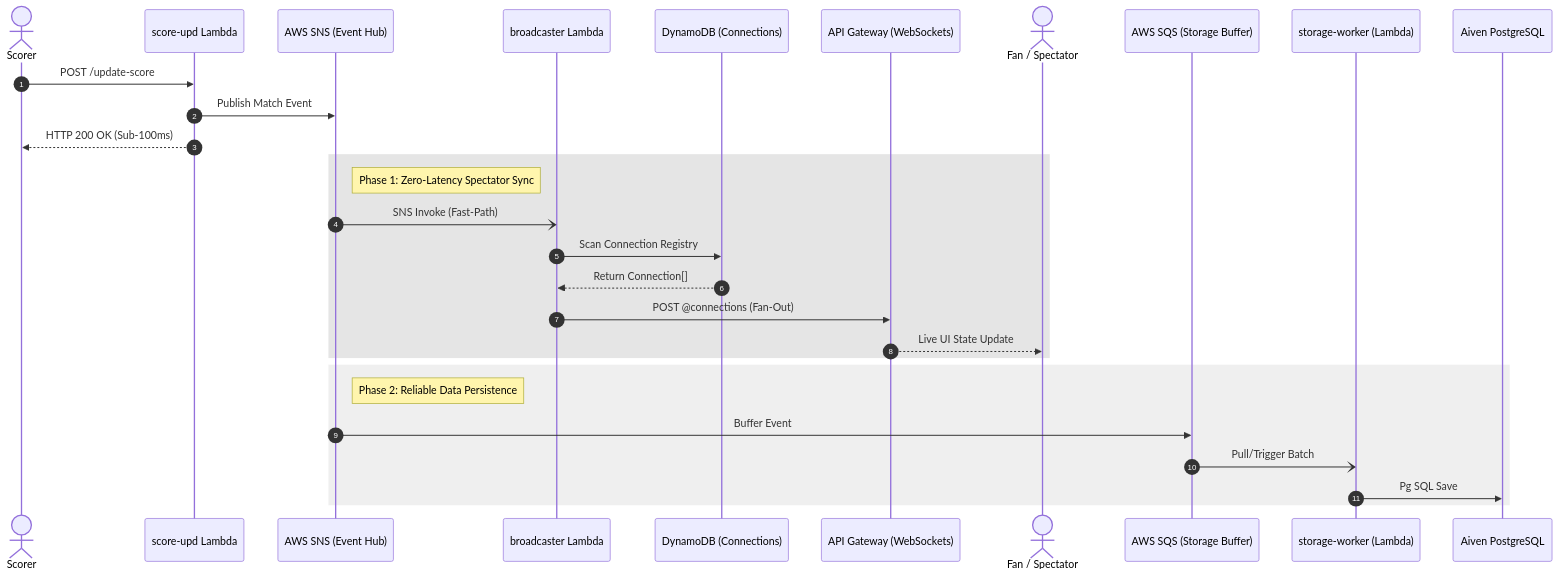
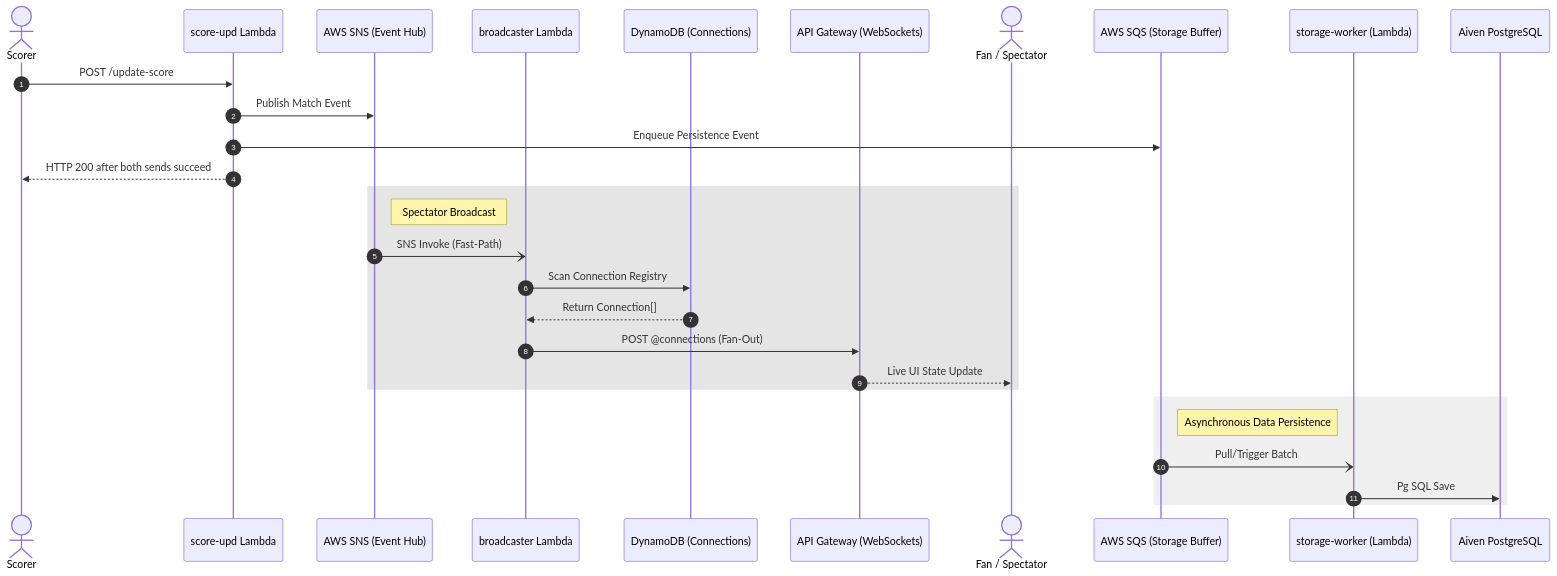
The second of 2 diagrams in docs/architecture.md (venkatesh-singamsetty/cricscore), drawn with Mermaid before and after one commit. The commit also changed other lines of this file and 114 other files, not shown here.

````diff
--- a/docs/architecture.md
+++ b/docs/architecture.md
@@ -29,35 +29,35 @@
 ```mermaid
 sequenceDiagram
     autonumber
     actor Scorer as Scorer
     participant Producer as score-upd Lambda
     participant SNS as AWS SNS (Event Hub)
     participant Broadcaster as broadcaster Lambda
     participant DDB as DynamoDB (Connections)
     participant APIGW_WS as API Gateway (WebSockets)
     actor Viewer as Fan / Spectator
 
     participant SQS as AWS SQS (Storage Buffer)
     participant Consumer as storage-worker (Lambda)
     participant Aiven_Hub as Aiven PostgreSQL
 
     Scorer->>Producer: POST /update-score
     Producer->>SNS: Publish Match Event
-    Producer-->>Scorer: HTTP 200 OK (Sub-100ms)
+    Producer->>SQS: Enqueue Persistence Event
+    Producer-->>Scorer: HTTP 200 after both sends succeed
 
     rect rgb(0, 0, 0, 0.1)
-        Note right of SNS: Phase 1: Zero-Latency Spectator Sync
+        Note right of SNS: Spectator Broadcast
         SNS-)Broadcaster: SNS Invoke (Fast-Path)
         Broadcaster->>DDB: Scan Connection Registry
         DDB-->>Broadcaster: Return Connection[]
         Broadcaster->>APIGW_WS: POST @connections (Fan-Out)
         APIGW_WS-->>Viewer: Live UI State Update
     end
 
     rect rgb(100, 100, 100, 0.1)
-        Note right of SNS: Phase 2: Reliable Data Persistence
-        SNS->>SQS: Buffer Event
+        Note right of SQS: Asynchronous Data Persistence
         SQS-)Consumer: Pull/Trigger Batch
         Consumer->>Aiven_Hub: Pg SQL Save
     end
 ```
````
